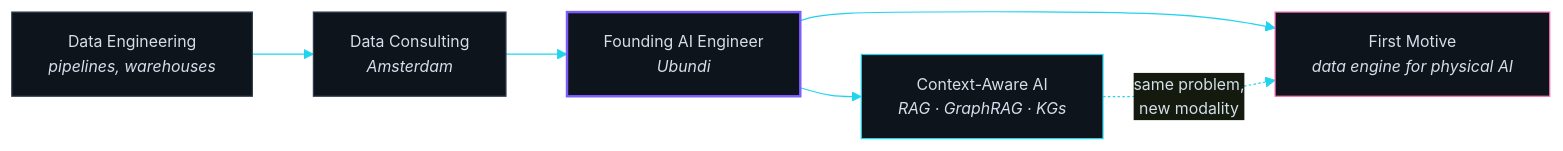
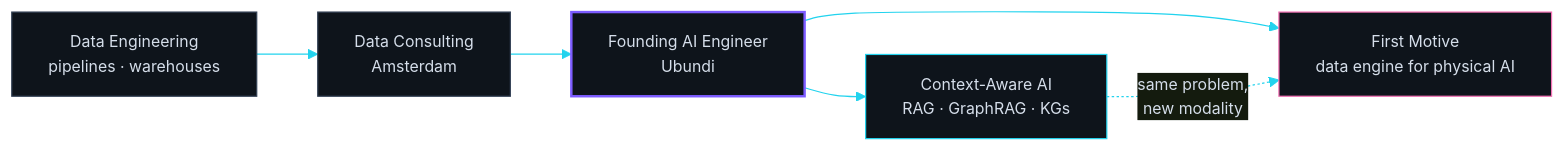
One commit to WynandNeethling/WynandNeethling changed the diagram in README.md. Above: the diagram before and after it, drawn with Mermaid. The commit also changed other lines of this file and 3 other files, not shown here.

````diff
--- a/README.md
+++ b/README.md
@@ -33,15 +33,15 @@
 ```mermaid
 %%{init: {'theme':'base','themeVariables':{'primaryColor':'#0E141B','primaryTextColor':'#D5DEEA','primaryBorderColor':'#7C5CFF','lineColor':'#22D3EE','fontFamily':'ui-monospace, monospace','fontSize':'13px'}}}%%
 flowchart LR
-    A["Data Engineering<br/><i>pipelines, warehouses</i>"] --> B["Data Consulting<br/><i>Amsterdam</i>"]
-    B --> C["Founding AI Engineer<br/><i>Ubundi</i>"]
-    C --> D["Context-Aware AI<br/><i>RAG · GraphRAG · KGs</i>"]
-    C --> E["First Motive<br/><i>data engine for physical AI</i>"]
+    A["Data Engineering<br/>pipelines · warehouses"] --> B["Data Consulting<br/>Amsterdam"]
+    B --> C["Founding AI Engineer<br/>Ubundi"]
+    C --> D["Context-Aware AI<br/>RAG · GraphRAG · KGs"]
+    C --> E["First Motive<br/>data engine for physical AI"]
     D -.->|same problem,<br/>new modality| E
 
     style A stroke:#334155,fill:#0E141B
     style B stroke:#334155,fill:#0E141B
     style C stroke:#7C5CFF,fill:#0E141B,stroke-width:2px
     style D stroke:#22D3EE,fill:#0E141B
     style E stroke:#F471B5,fill:#0E141B
 ```
````
